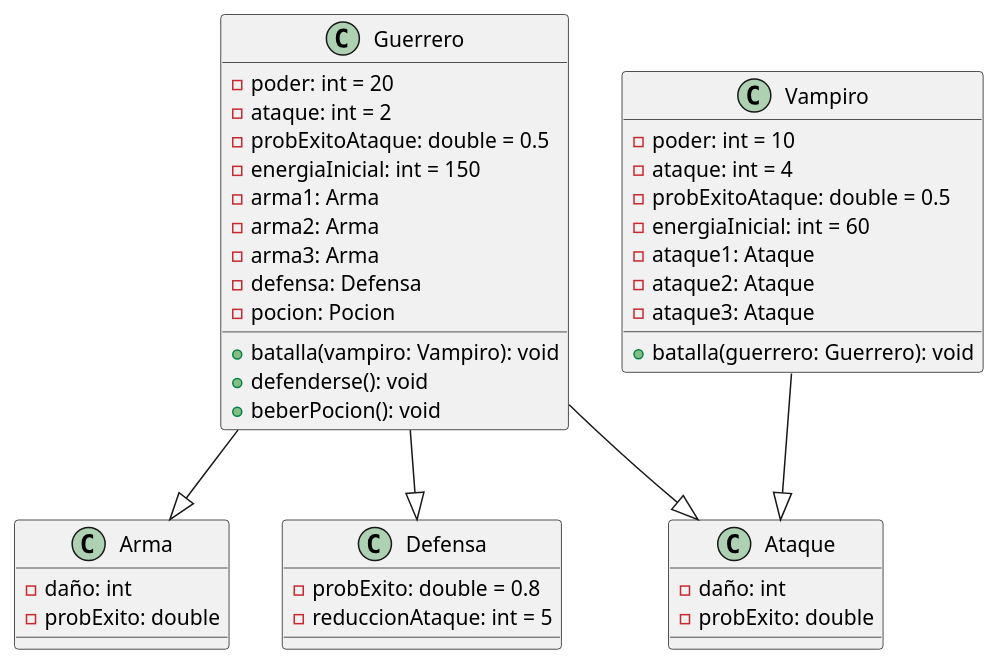
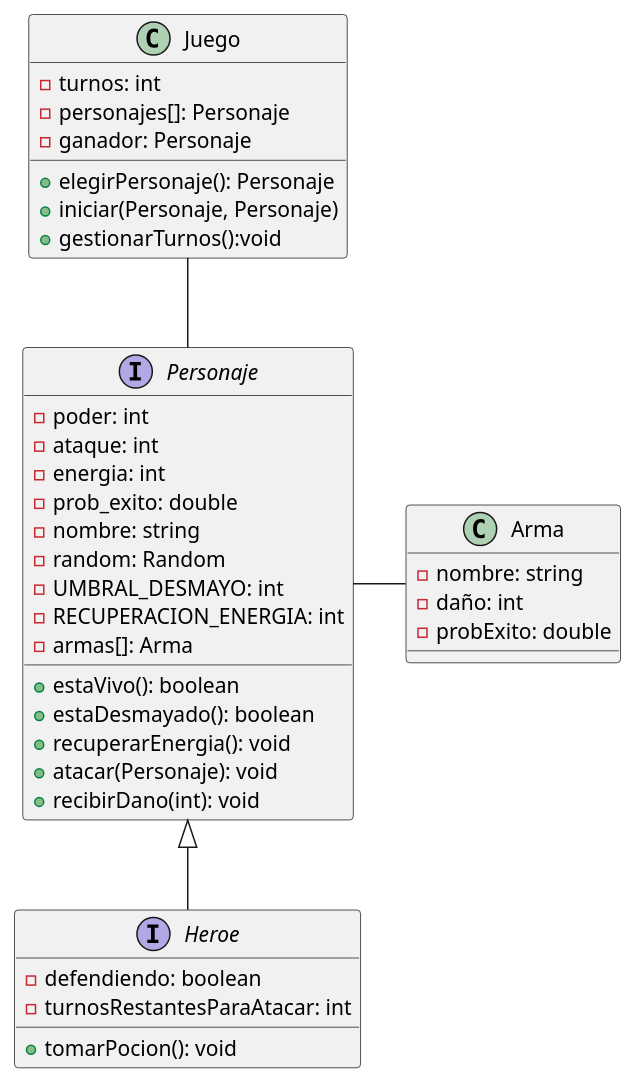
One commit to mmasias/23-24-IdSw2-SDD changed the diagram in modelosUML/diagramaDeClases.puml. Above: the diagram before and after it, drawn with PlantUML. The commit also changed 2 other files, not shown here.

Commit message:
Ajustes diagrama clases

```diff
--- a/modelosUML/diagramaDeClases.puml
+++ b/modelosUML/diagramaDeClases.puml
@@ -1,50 +1,45 @@
 @startuml
 
-class Guerrero {
-  - poder: int = 20
-  - ataque: int = 2
-  - probExitoAtaque: double = 0.5
-  - energiaInicial: int = 150
-  - arma1: Arma
-  - arma2: Arma
-  - arma3: Arma
-  - defensa: Defensa
-  - pocion: Pocion
-  + batalla(vampiro: Vampiro): void
-  + defenderse(): void
-  + beberPocion(): void
+class Juego{
+  - turnos: int
+  - personajes[]: Personaje
+  - ganador: Personaje
+  + elegirPersonaje(): Personaje
+  + iniciar(Personaje, Personaje)
+  + gestionarTurnos():void
 }
 
-class Vampiro {
-  - poder: int = 10
-  - ataque: int = 4
-  - probExitoAtaque: double = 0.5
-  - energiaInicial: int = 60
-  - ataque1: Ataque
-  - ataque2: Ataque
-  - ataque3: Ataque
-  + batalla(guerrero: Guerrero): void
+interface Personaje{
+  - poder: int
+  - ataque: int
+  - energia: int
+  - prob_exito: double
+  - nombre: string
+  - random: Random
+  - UMBRAL_DESMAYO: int
+  - RECUPERACION_ENERGIA: int
+  - armas[]: Arma
+  + estaVivo(): boolean
+  + estaDesmayado(): boolean
+  + recuperarEnergia(): void
+  + atacar(Personaje): void
+  + recibirDano(int): void
+}
+
+interface Heroe {
+  - defendiendo: boolean
+  - turnosRestantesParaAtacar: int
+  + tomarPocion(): void
 }
 
 class Arma {
+  - nombre: string
   - daño: int
   - probExito: double
 }
 
-class Defensa {
-  - probExito: double = 0.8
-  - reduccionAtaque: int = 5
-}
-
-class Ataque {
-  - daño: int
-  - probExito: double
-}
-
-Guerrero --|> Arma
-Guerrero --|> Defensa
-Guerrero --|> Ataque
-
-Vampiro --|> Ataque
+Juego -- Personaje
+Personaje -r- Arma
+Personaje <|-- Heroe
 
 @enduml
```
